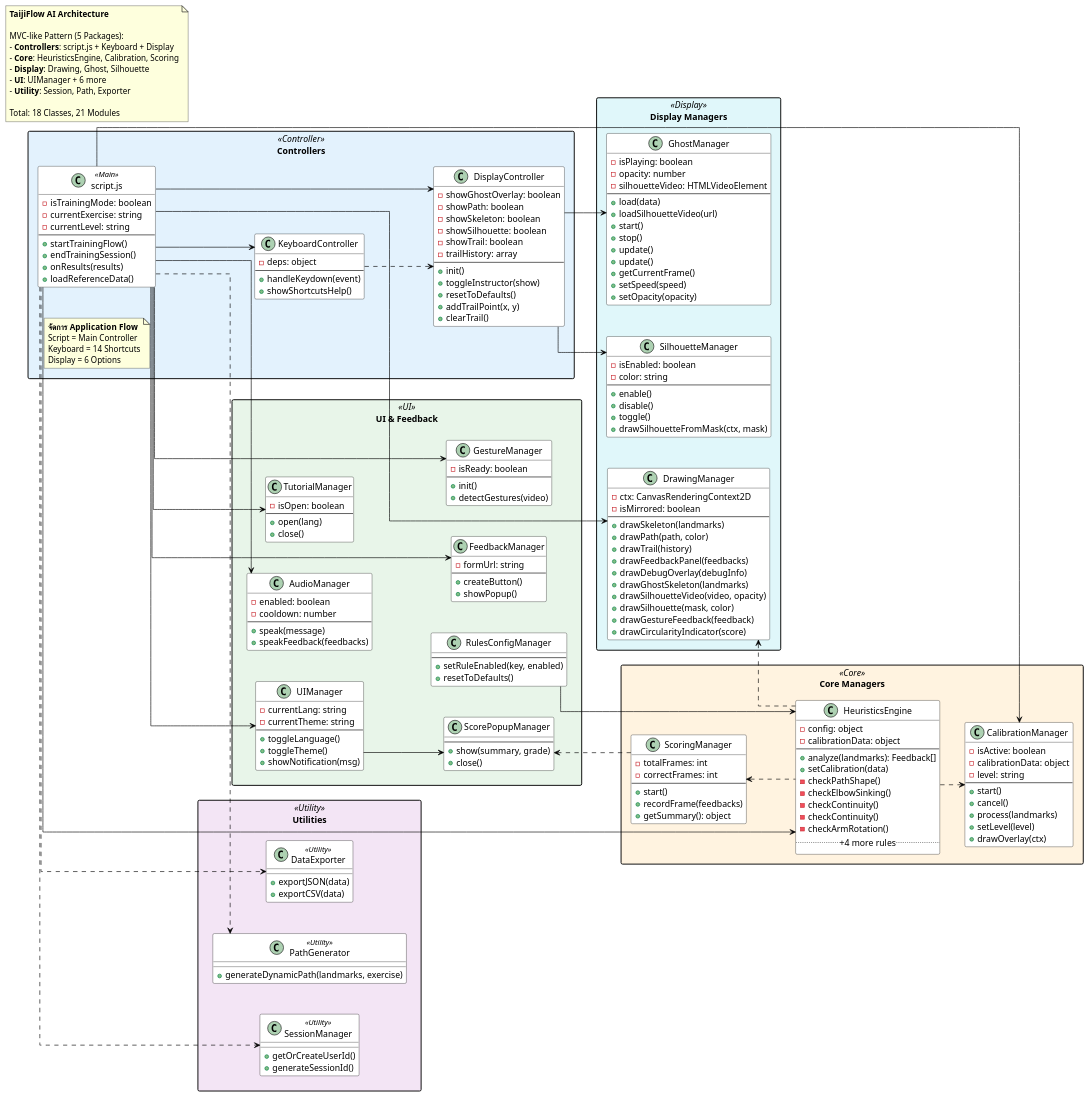
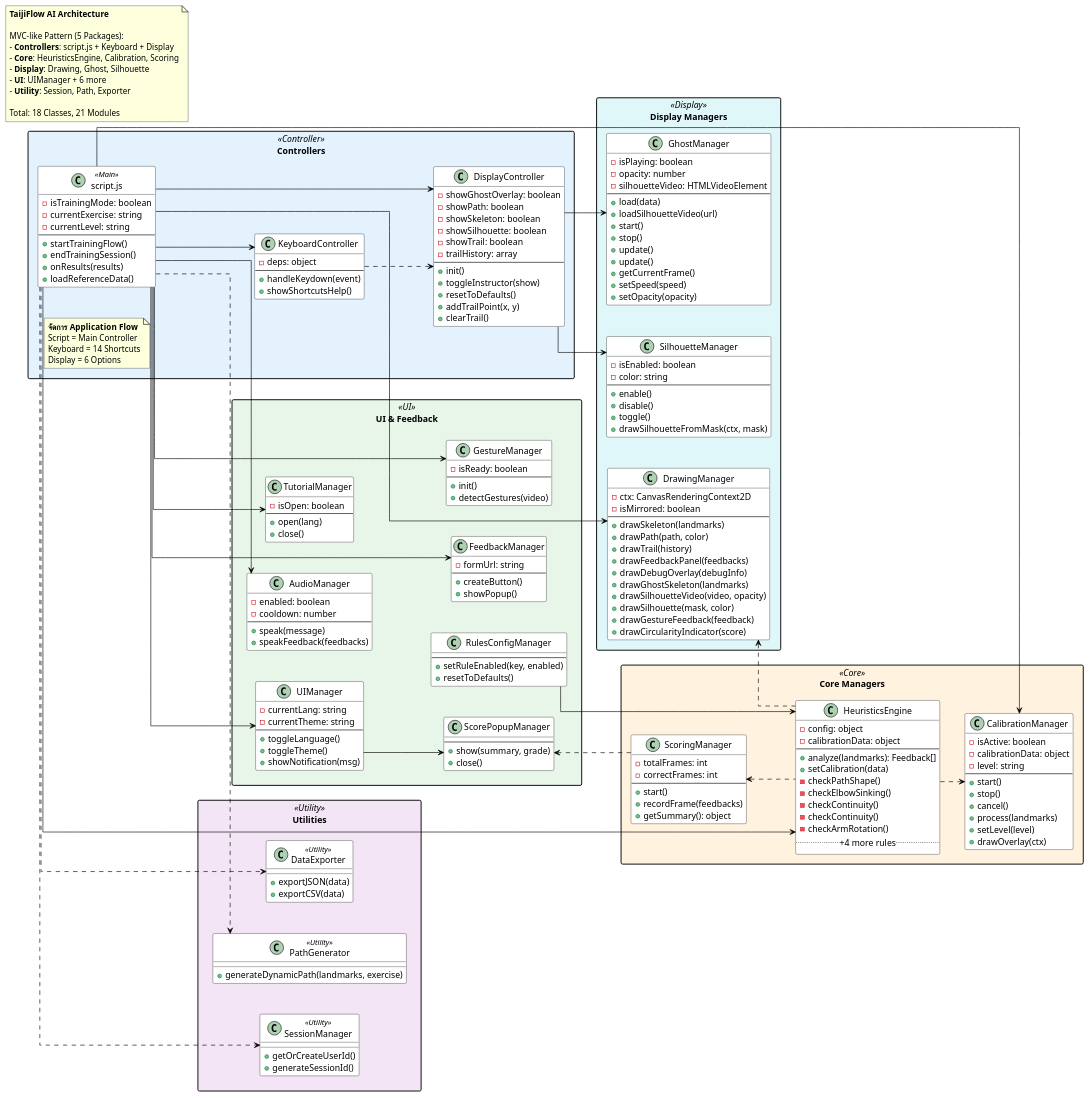
One commit to vyut/TaijiFlow changed the diagram in docs/diagrams/ClassDiagram.wsd. Above: the diagram before and after it, drawn with PlantUML. The commit also changed 15 other files, not shown here.

```diff
--- a/docs/diagrams/ClassDiagram.wsd
+++ b/docs/diagrams/ClassDiagram.wsd
@@ -99,6 +99,7 @@
         - level: string
         --
         + start()
+        + stop()
         + cancel()
         + process(landmarks)
         + setLevel(level)
```
